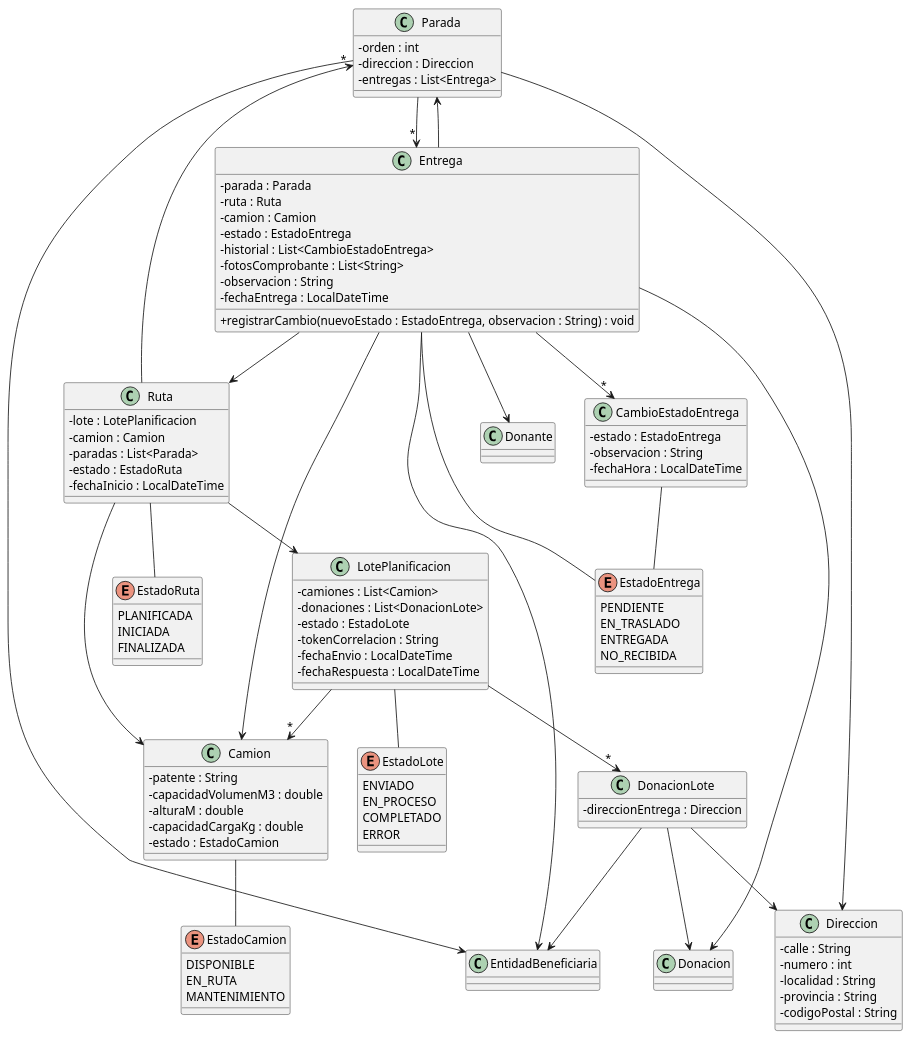
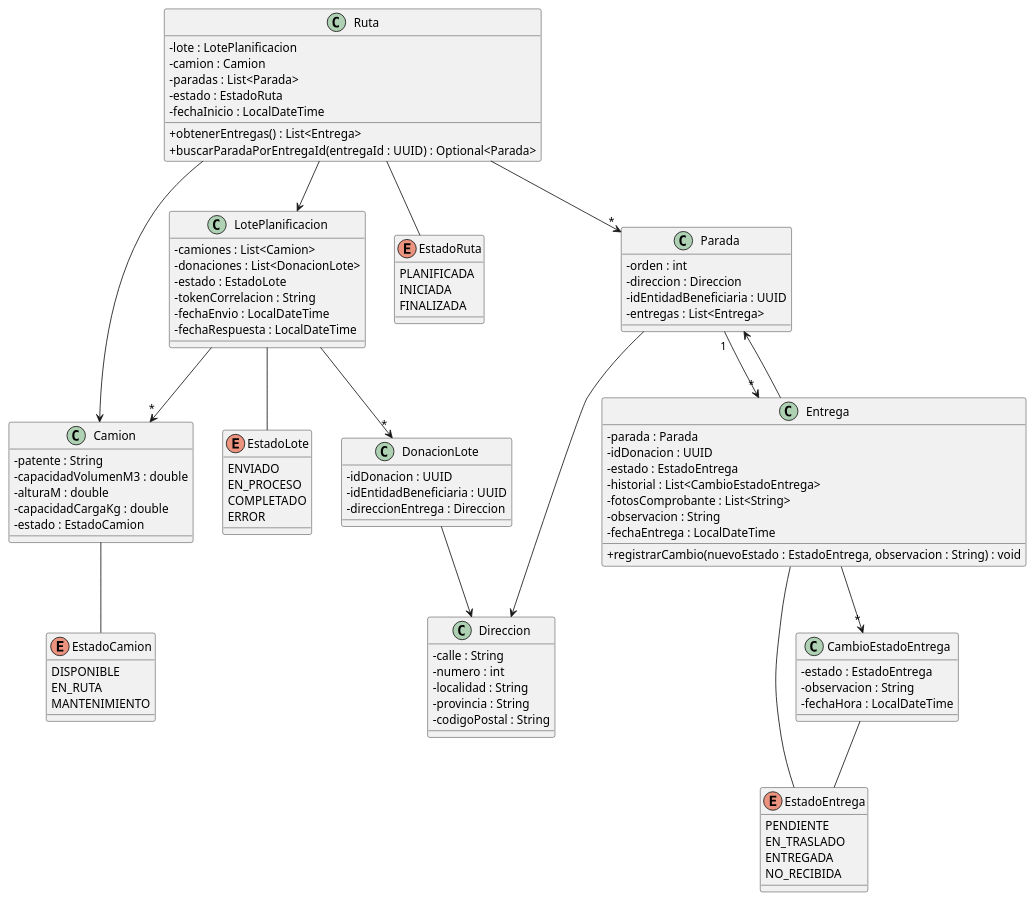
One commit to PonceCamilo/TP-ANUAL-DISENIO-2026 changed the diagram in donatrack/DiagramaDeClases/Logistica/diagramaClasesLogisticaModel.plantuml. Above: the diagram before and after it, drawn with PlantUML. The commit also changed 19 other files, not shown here.

```diff
--- a/donatrack/DiagramaDeClases/Logistica/diagramaClasesLogisticaModel.plantuml
+++ b/donatrack/DiagramaDeClases/Logistica/diagramaClasesLogisticaModel.plantuml
@@ -1,128 +1,122 @@
 @startuml diagramaClasesLogisticaModel
 
 skinparam classAttributeIconSize 0
 
-' ============================ CLASES EXTERNAS (definidas en el modelo de Donaciones) ============================
-' No se repiten sus atributos acá; se referencian para hilar Logística con Donaciones.
-class Donacion
-class EntidadBeneficiaria
+' Bounded context Logística: las entidades de Donaciones no se modelan acá.
+' Se referencian solo por identificadores primitivos (UUID).
 
 class Direccion {
     - calle : String
     - numero : int
     - localidad : String
     - provincia : String
     - codigoPostal : String
 }
 
 class Camion {
     - patente : String
     - capacidadVolumenM3 : double
     - alturaM : double
     - capacidadCargaKg : double
     - estado : EstadoCamion
 }
 
 enum EstadoCamion {
     DISPONIBLE
     EN_RUTA
     MANTENIMIENTO
 }
 
 class LotePlanificacion {
     - camiones : List<Camion>
     - donaciones : List<DonacionLote>
     - estado : EstadoLote
     - tokenCorrelacion : String
     - fechaEnvio : LocalDateTime
     - fechaRespuesta : LocalDateTime
 }
 
 enum EstadoLote {
     ENVIADO
     EN_PROCESO
     COMPLETADO
     ERROR
 }
 
 class DonacionLote {
+    - idDonacion : UUID
+    - idEntidadBeneficiaria : UUID
     - direccionEntrega : Direccion
 }
 
 class Ruta {
     - lote : LotePlanificacion
     - camion : Camion
     - paradas : List<Parada>
     - estado : EstadoRuta
     - fechaInicio : LocalDateTime
+    + obtenerEntregas() : List<Entrega>
+    + buscarParadaPorEntregaId(entregaId : UUID) : Optional<Parada>
 }
 
 enum EstadoRuta {
     PLANIFICADA
     INICIADA
     FINALIZADA
 }
 
 class Parada {
     - orden : int
     - direccion : Direccion
+    - idEntidadBeneficiaria : UUID
     - entregas : List<Entrega>
 }
 
 class Entrega {
     - parada : Parada
-    - ruta : Ruta
-    - camion : Camion
+    - idDonacion : UUID
     - estado : EstadoEntrega
     - historial : List<CambioEstadoEntrega>
     - fotosComprobante : List<String>
     - observacion : String
     - fechaEntrega : LocalDateTime
     + registrarCambio(nuevoEstado : EstadoEntrega, observacion : String) : void
 }
 
 enum EstadoEntrega {
     PENDIENTE
     EN_TRASLADO
     ENTREGADA
     NO_RECIBIDA
 }
 
 class CambioEstadoEntrega {
     - estado : EstadoEntrega
     - observacion : String
     - fechaHora : LocalDateTime
 }
 
 
 Camion -- EstadoCamion
 
 Entrega -- EstadoEntrega
-Entrega --> Camion
-Entrega --> Parada
-Entrega --> Ruta
 Entrega --> "*" CambioEstadoEntrega
-Entrega --> Donacion
 
 CambioEstadoEntrega -- EstadoEntrega
 
 Parada --> Direccion
-Parada --> "*" Entrega
-Parada --> EntidadBeneficiaria
+Parada "1" --> "*" Entrega
+Entrega --> Parada
 
 Ruta -- EstadoRuta
 Ruta --> Camion
 Ruta --> "*" Parada
 Ruta --> LotePlanificacion
 
 LotePlanificacion -- EstadoLote
 LotePlanificacion --> "*" Camion
 LotePlanificacion --> "*" DonacionLote
 
 DonacionLote --> Direccion
-DonacionLote --> Donacion
-DonacionLote --> EntidadBeneficiaria
-Entrega --> Donante
-Entrega --> EntidadBeneficiaria
 
 @enduml
```
